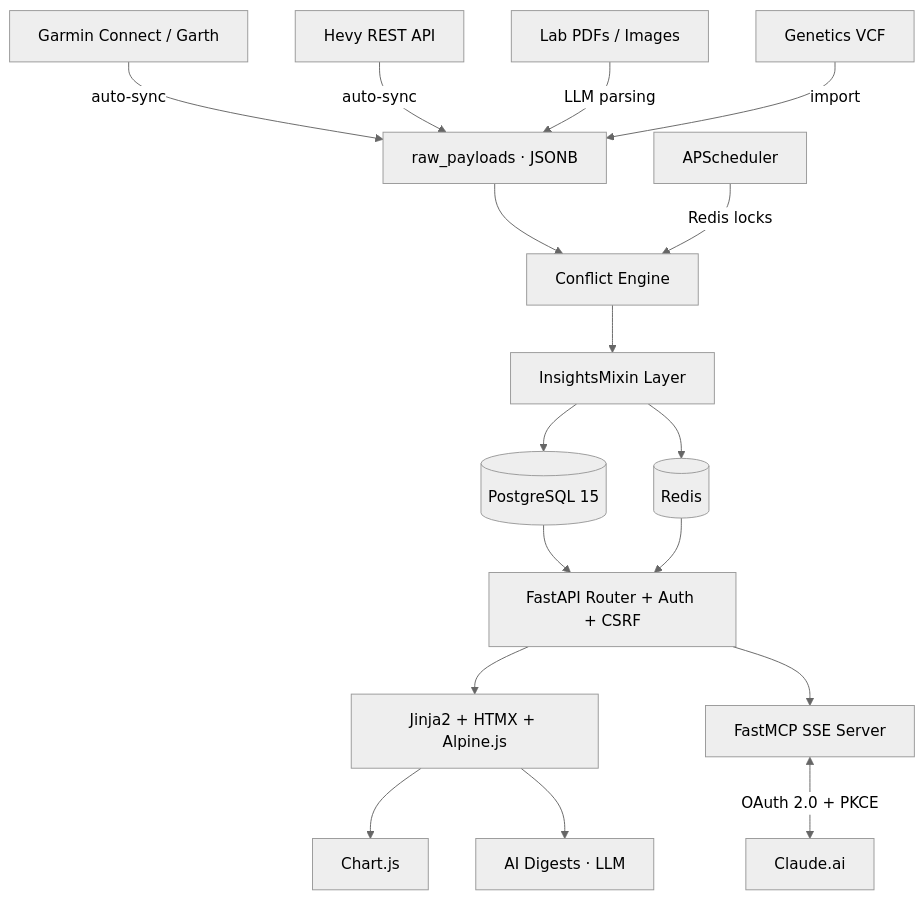
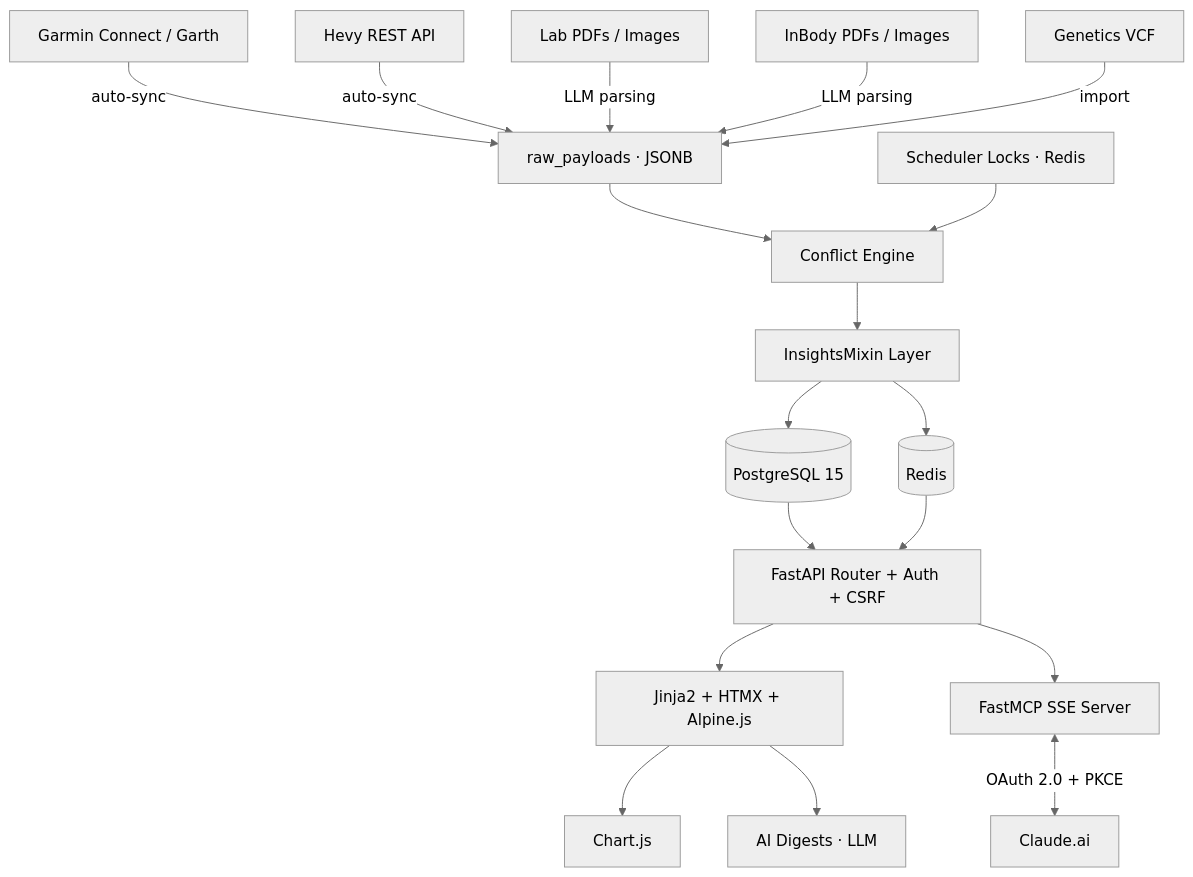
Before and after one commit to ilodezis/vitals: the second of 2 diagrams in README.md, drawn with Mermaid (neutral theme). The commit also changed other lines of this file, not shown here.

````diff
--- a/README.md
+++ b/README.md
@@ -994,23 +1006,24 @@
 ```mermaid
 graph TD
     Garmin[Garmin Connect / Garth] -->|auto-sync| Raw[raw_payloads · JSONB]
     Hevy[Hevy REST API] -->|auto-sync| Raw
     Labs[Lab PDFs / Images] -->|LLM parsing| Raw
+    BIA[InBody PDFs / Images] -->|LLM parsing| Raw
     VCF[Genetics VCF] -->|import| Raw
 
     Raw --> CE[Conflict Engine]
     CE --> IL[InsightsMixin Layer]
-    Scheduler[APScheduler] -->|Redis locks| CE
+    Scheduler[Scheduler Locks · Redis] --> CE
 
     IL --> DB[(PostgreSQL 15)]
     IL --> Cache[(Redis)]
 
     DB & Cache --> FastAPI[FastAPI Router + Auth + CSRF]
 
     FastAPI --> UI[Jinja2 + HTMX + Alpine.js]
     FastAPI --> MCP[FastMCP SSE Server]
 
     UI --> Charts[Chart.js]
     UI --> AI[AI Digests · LLM]
     MCP <-->|OAuth 2.0 + PKCE| Claude[Claude.ai]
 ```
````
